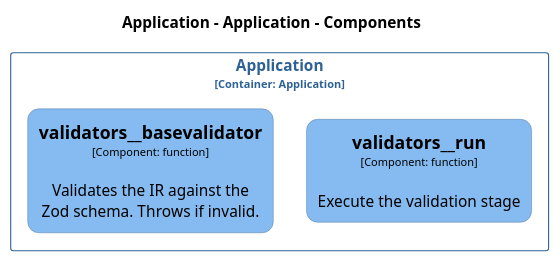
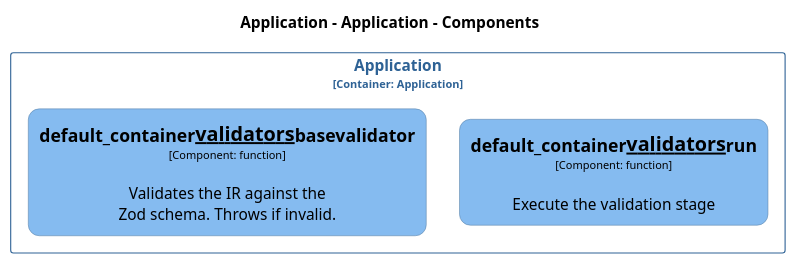
One commit to chrislyons-dev/archlette changed the diagram in src/templates/docs/architecture/diagrams/plantuml/structurizr-Classes_default_container__validators.puml. Above: the diagram before and after it, drawn with PlantUML. The commit also changed 189 other files, not shown here.

```diff
--- a/src/templates/docs/architecture/diagrams/plantuml/structurizr-Classes_default_container__validators.puml
+++ b/src/templates/docs/architecture/diagrams/plantuml/structurizr-Classes_default_container__validators.puml
@@ -1,44 +1,44 @@
 @startuml
 set separator none
 title Application - Application - Components
 
 top to bottom direction
 skinparam ranksep 60
 skinparam nodesep 30
 
 skinparam {
   arrowFontSize 10
   defaultTextAlignment center
   wrapWidth 200
   maxMessageSize 100
   defaultFontName "Arial"
 }
 
 hide stereotype
 
-skinparam rectangle<<Application.Application.validators__basevalidator>> {
+skinparam rectangle<<Application.Application.default_container__validators__basevalidator>> {
   BackgroundColor #85bbf0
   FontColor #000000
   BorderColor #5d82a8
   roundCorner 20
   shadowing false
 }
-skinparam rectangle<<Application.Application.validators__run>> {
+skinparam rectangle<<Application.Application.default_container__validators__run>> {
   BackgroundColor #85bbf0
   FontColor #000000
   BorderColor #5d82a8
   roundCorner 20
   shadowing false
 }
 skinparam rectangle<<Application.Application>> {
   BorderColor #2e6295
   FontColor #2e6295
   shadowing false
 }
 
 rectangle "Application\n<size:10>[Container: Application]</size>" <<Application.Application>> {
-  rectangle "==validators__run\n<size:10>[Component: function]</size>\n\nExecute the validation stage" <<Application.Application.validators__run>> as Application.Application.validators__run
-  rectangle "==validators__basevalidator\n<size:10>[Component: function]</size>\n\nValidates the IR against the Zod schema. Throws if invalid." <<Application.Application.validators__basevalidator>> as Application.Application.validators__basevalidator
+  rectangle "==default_container__validators__run\n<size:10>[Component: function]</size>\n\nExecute the validation stage" <<Application.Application.default_container__validators__run>> as Application.Application.default_container__validators__run
+  rectangle "==default_container__validators__basevalidator\n<size:10>[Component: function]</size>\n\nValidates the IR against the Zod schema. Throws if invalid." <<Application.Application.default_container__validators__basevalidator>> as Application.Application.default_container__validators__basevalidator
 }
 
 @enduml
```
